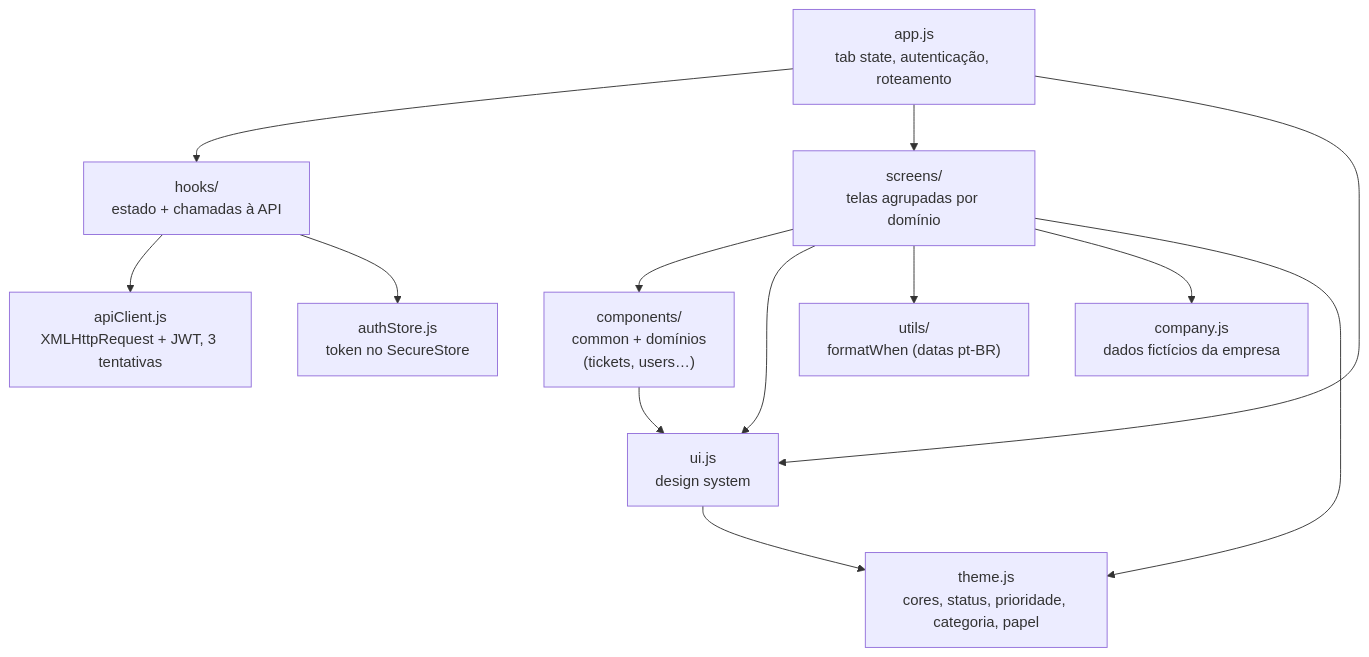
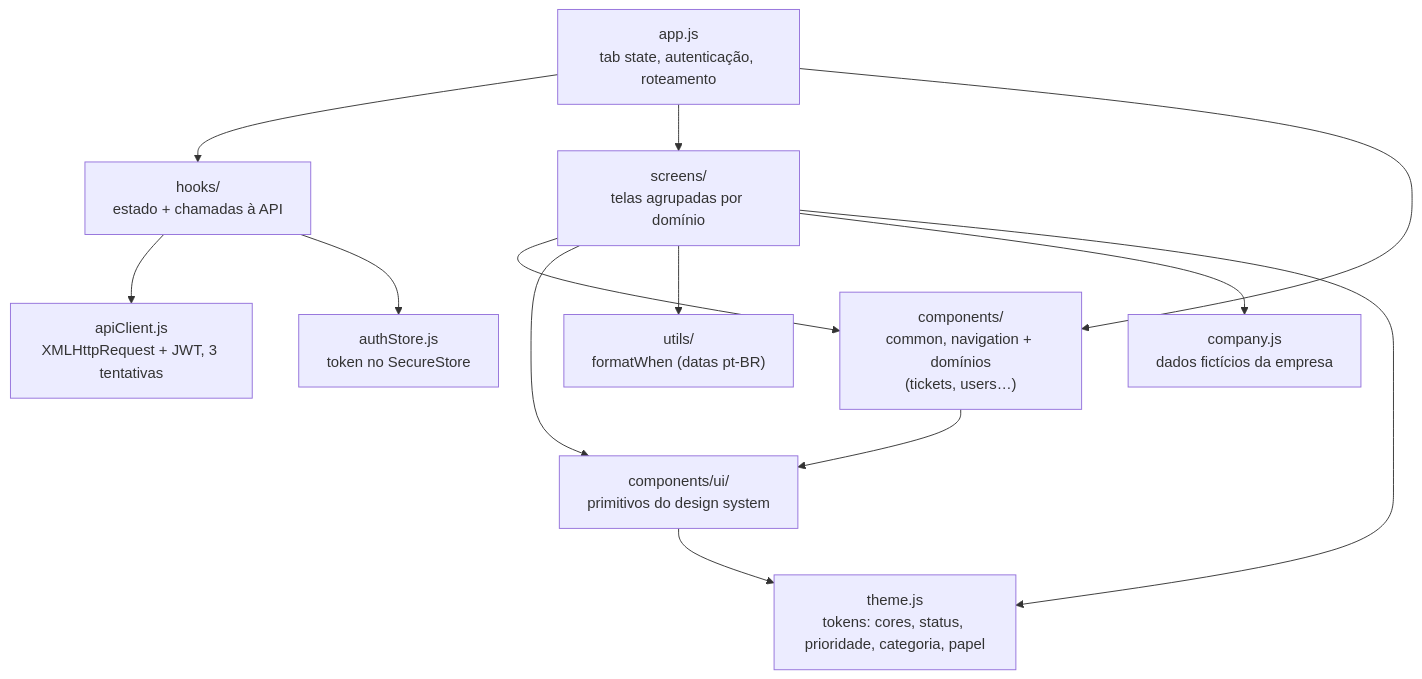
The third of 6 diagrams in README.md (leonardosf98/aether-desk), drawn with Mermaid before and after one commit. The commit also changed other lines of this file and 39 other files, not shown here.

First line of the commit message:
refactor(mobile): move primitivos de ui.js para components/ui e TabBar para navigation.

````diff
--- a/README.md
+++ b/README.md
@@ -84,26 +85,26 @@
 ```mermaid
 flowchart TD
     app["app.js<br/>tab state, autenticação, roteamento"]
     hooks["hooks/<br/>estado + chamadas à API"]
     screens["screens/<br/>telas agrupadas por domínio"]
-    components["components/<br/>common + domínios<br/>(tickets, users…)"]
-    ui["ui.js<br/>design system"]
-    theme["theme.js<br/>cores, status, prioridade, categoria, papel"]
+    components["components/<br/>common, navigation + domínios<br/>(tickets, users…)"]
+    ui["components/ui/<br/>primitivos do design system"]
+    theme["theme.js<br/>tokens: cores, status, prioridade, categoria, papel"]
     utils["utils/<br/>formatWhen (datas pt-BR)"]
     api["apiClient.js<br/>XMLHttpRequest + JWT, 3 tentativas"]
     store["authStore.js<br/>token no SecureStore"]
     company["company.js<br/>dados fictícios da empresa"]
 
     app --> hooks
     app --> screens
-    app --> ui
+    app --> components
     hooks --> api
     hooks --> store
     screens --> components
     screens --> ui
     screens --> utils
     screens --> company
     components --> ui
     ui --> theme
     screens --> theme
 ```
````
